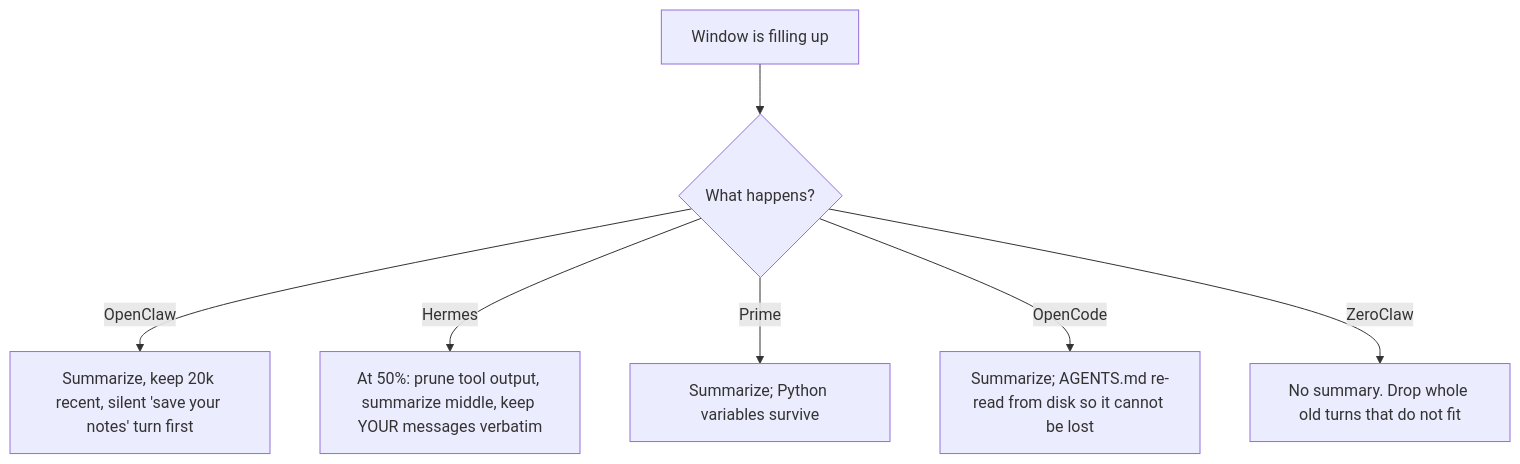
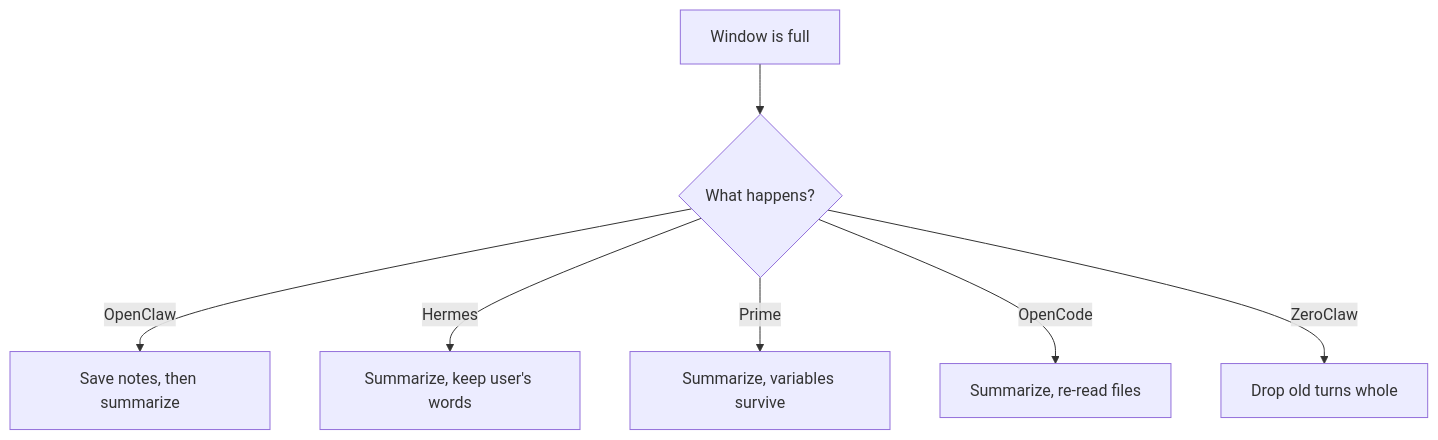
The sixth of 7 diagrams in docs/HARNESS_V2.md (JaredTate/nerdgenie), drawn with Mermaid before and after one commit. The commit also changed other lines of this file and 4 other files, not shown here.

Commit message:
Rewrite both documents in complete sentences; redraw all ten diagrams with short labels so nothing is clipped

````diff
--- a/docs/HARNESS_V2.md
+++ b/docs/HARNESS_V2.md
@@ -227,9 +236,9 @@
 ```mermaid
 flowchart TD
-  A["Window is filling up"] --> B{"What happens?"}
-  B -->|"OpenClaw"| C["Summarize, keep 20k recent, silent 'save your notes' turn first"]
-  B -->|"Hermes"| D["At 50%: prune tool output, summarize middle, keep YOUR messages verbatim"]
-  B -->|"Prime"| E["Summarize; Python variables survive"]
-  B -->|"OpenCode"| F["Summarize; AGENTS.md re-read from disk so it cannot be lost"]
-  B -->|"ZeroClaw"| G["No summary. Drop whole old turns that do not fit"]
+  A["Window is full"] --> B{"What happens?"}
+  B -->|"OpenClaw"| C["Save notes, then summarize"]
+  B -->|"Hermes"| D["Summarize, keep user's words"]
+  B -->|"Prime"| E["Summarize, variables survive"]
+  B -->|"OpenCode"| F["Summarize, re-read files"]
+  B -->|"ZeroClaw"| G["Drop old turns whole"]
 ```
````
